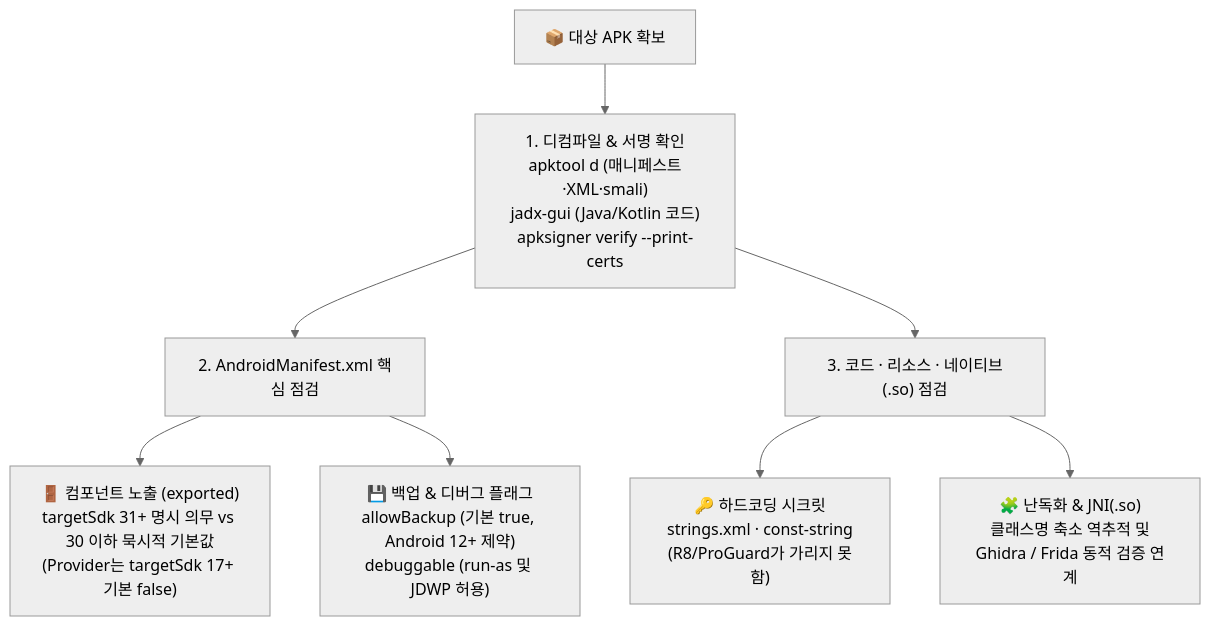
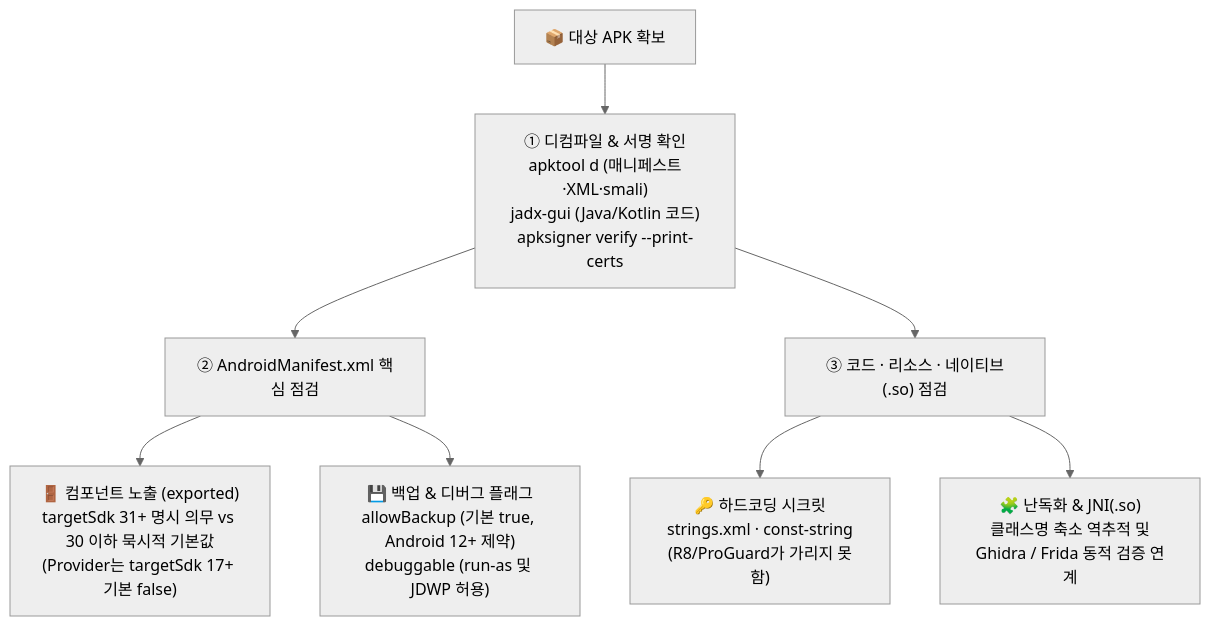
Before and after one commit to gooyong-sec/gooyong-sec.github.io: the first of 2 diagrams in content/모바일취약점/모바일 취약점 진단 — 안드로이드 정적분석.md, drawn with Mermaid (neutral theme). The commit also changed 28 other files, not shown here.

First line of the commit message:
fix: eliminate remaining mermaid markdown-list misparse across all diagrams

````diff
--- a/content/모바일취약점/모바일 취약점 진단 — 안드로이드 정적분석.md
+++ b/content/모바일취약점/모바일 취약점 진단 — 안드로이드 정적분석.md
@@ -17,10 +17,10 @@
 ```mermaid
 flowchart TD
-    APK["📦 대상 APK 확보"] --> Tools["1. 디컴파일 & 서명 확인<br/>apktool d (매니페스트·XML·smali)<br/>jadx-gui (Java/Kotlin 코드)<br/>apksigner verify --print-certs"]
-    Tools --> Manifest["2. AndroidManifest.xml 핵심 점검"]
-    Tools --> Code["3. 코드 · 리소스 · 네이티브(.so) 점검"]
+    APK["📦 대상 APK 확보"] --> Tools["① 디컴파일 & 서명 확인<br/>apktool d (매니페스트·XML·smali)<br/>jadx-gui (Java/Kotlin 코드)<br/>apksigner verify --print-certs"]
+    Tools --> Manifest["② AndroidManifest.xml 핵심 점검"]
+    Tools --> Code["③ 코드 · 리소스 · 네이티브(.so) 점검"]
     Manifest --> M1["🚪 컴포넌트 노출 (exported)<br/>targetSdk 31+ 명시 의무 vs 30 이하 묵시적 기본값<br/>(Provider는 targetSdk 17+ 기본 false)"]
     Manifest --> M2["💾 백업 & 디버그 플래그<br/>allowBackup (기본 true, Android 12+ 제약)<br/>debuggable (run-as 및 JDWP 허용)"]
     Code --> C1["🔑 하드코딩 시크릿<br/>strings.xml · const-string<br/>(R8/ProGuard가 가리지 못함)"]
     Code --> C2["🧩 난독화 & JNI(.so)<br/>클래스명 축소 역추적 및<br/>Ghidra / Frida 동적 검증 연계"]
 ```
````
